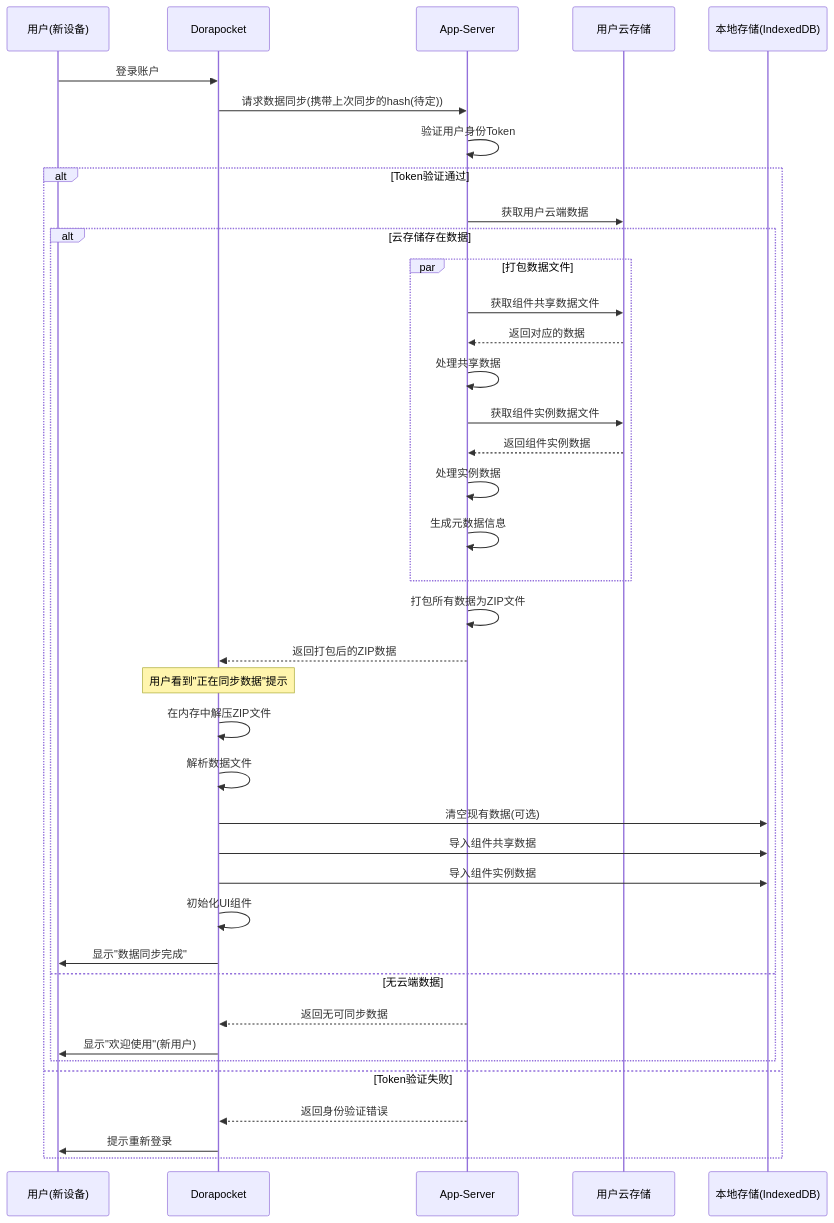
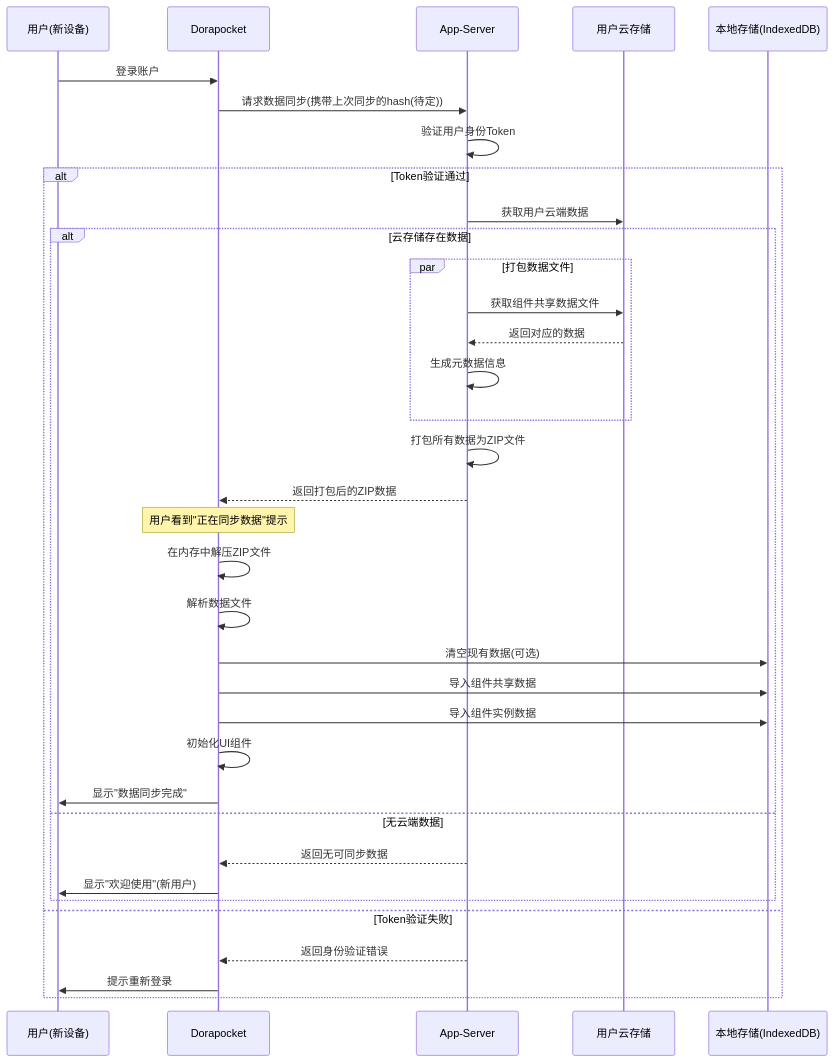
Before and after one commit to yingjianzh/iodraw-files: the diagram in all/未命名-38.md, drawn with Mermaid.

Commit message:
2025-04-21 13:59:27 update

````diff
--- a/all/未命名-38.md
+++ b/all/未命名-38.md
@@ -1,53 +1,48 @@
 ```mermaid
 sequenceDiagram
     participant User as 用户(新设备)
     participant App as Dorapocket
     participant AppServer as App-Server
     participant UserCloud as 用户云存储
     participant LocalDB as 本地存储(IndexedDB)
     
     User->>App: 登录账户
     
     App->>AppServer: 请求数据同步(携带上次同步的hash(待定))
     AppServer->>AppServer: 验证用户身份Token
     
     alt Token验证通过
         AppServer->>UserCloud: 获取用户云端数据
         
         
         alt 云存储存在数据
             par 打包数据文件
                 AppServer->>UserCloud: 获取组件共享数据文件
                 UserCloud-->>AppServer: 返回对应的数据
-                AppServer->>AppServer: 处理共享数据
-                
-                AppServer->>UserCloud: 获取组件实例数据文件
-                UserCloud-->>AppServer: 返回组件实例数据
-                AppServer->>AppServer: 处理实例数据
                 
                 AppServer->>AppServer: 生成元数据信息
             end
             
             AppServer->>AppServer: 打包所有数据为ZIP文件
             AppServer-->>App: 返回打包后的ZIP数据
             
             Note over App: 用户看到"正在同步数据"提示
             
             App->>App: 在内存中解压ZIP文件
             App->>App: 解析数据文件
             
             App->>LocalDB: 清空现有数据(可选)
             App->>LocalDB: 导入组件共享数据
             App->>LocalDB: 导入组件实例数据
             
             App->>App: 初始化UI组件
             App->>User: 显示"数据同步完成"
         else 无云端数据
             AppServer-->>App: 返回无可同步数据
             App->>User: 显示"欢迎使用"(新用户)
         end
     else Token验证失败
         AppServer-->>App: 返回身份验证错误
         App->>User: 提示重新登录
     end
 ```
````
